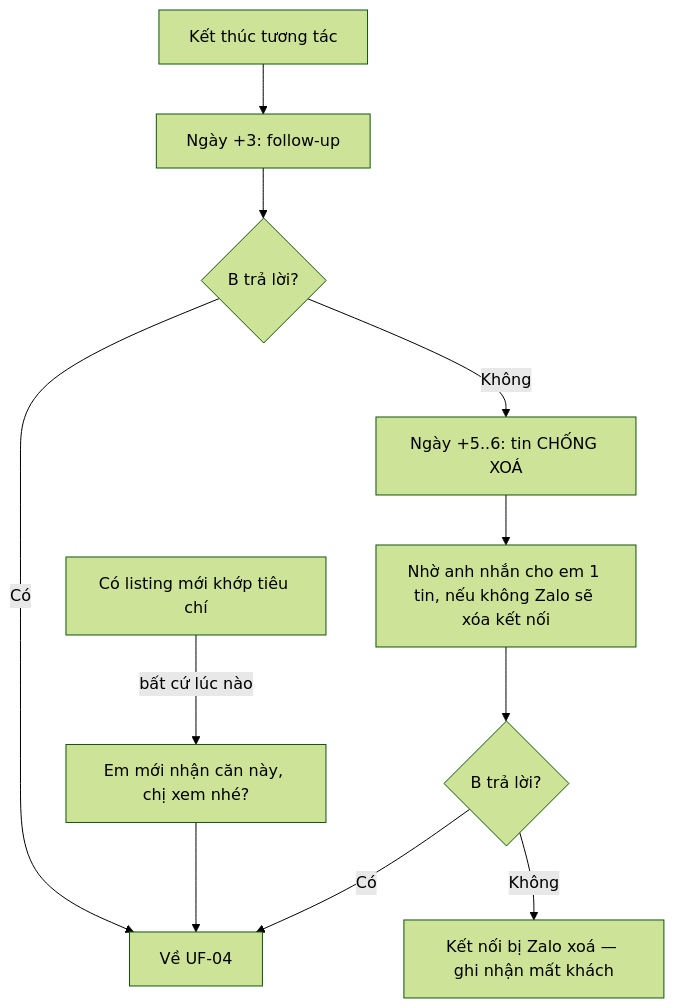
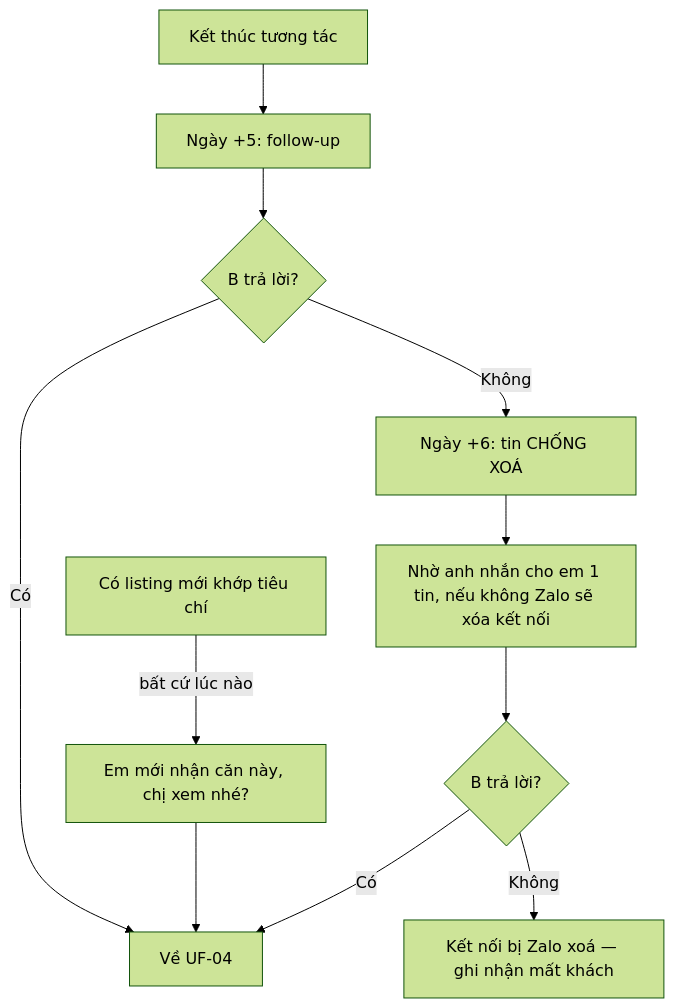
Before and after one commit to quang507/Nhadat.cc: the fifth of 7 diagrams in docs/03-user-flows.md, drawn with Mermaid (forest theme). The commit also changed other lines of this file and 84 other files, not shown here.

````diff
--- a/docs/03-user-flows.md
+++ b/docs/03-user-flows.md
@@ -207,13 +193,13 @@
 ```mermaid
 flowchart TD
-    A[Kết thúc tương tác] --> B[Ngày +3: follow-up]
+    A[Kết thúc tương tác] --> B[Ngày +5: follow-up]
     B --> C{B trả lời?}
     C -->|Có| Z[Về UF-04]
-    C -->|Không| D[Ngày +5..6: tin CHỐNG XOÁ]
+    C -->|Không| D[Ngày +6: tin CHỐNG XOÁ]
     D --> E["Nhờ anh nhắn cho em 1 tin, nếu không Zalo sẽ xóa kết nối"]
     E --> F{B trả lời?}
     F -->|Có| Z
     F -->|Không| G[Kết nối bị Zalo xoá — ghi nhận mất khách]
     H[Có listing mới khớp tiêu chí] -->|bất cứ lúc nào| I["Em mới nhận căn này, chị xem nhé?"]
     I --> Z
 ```
````
